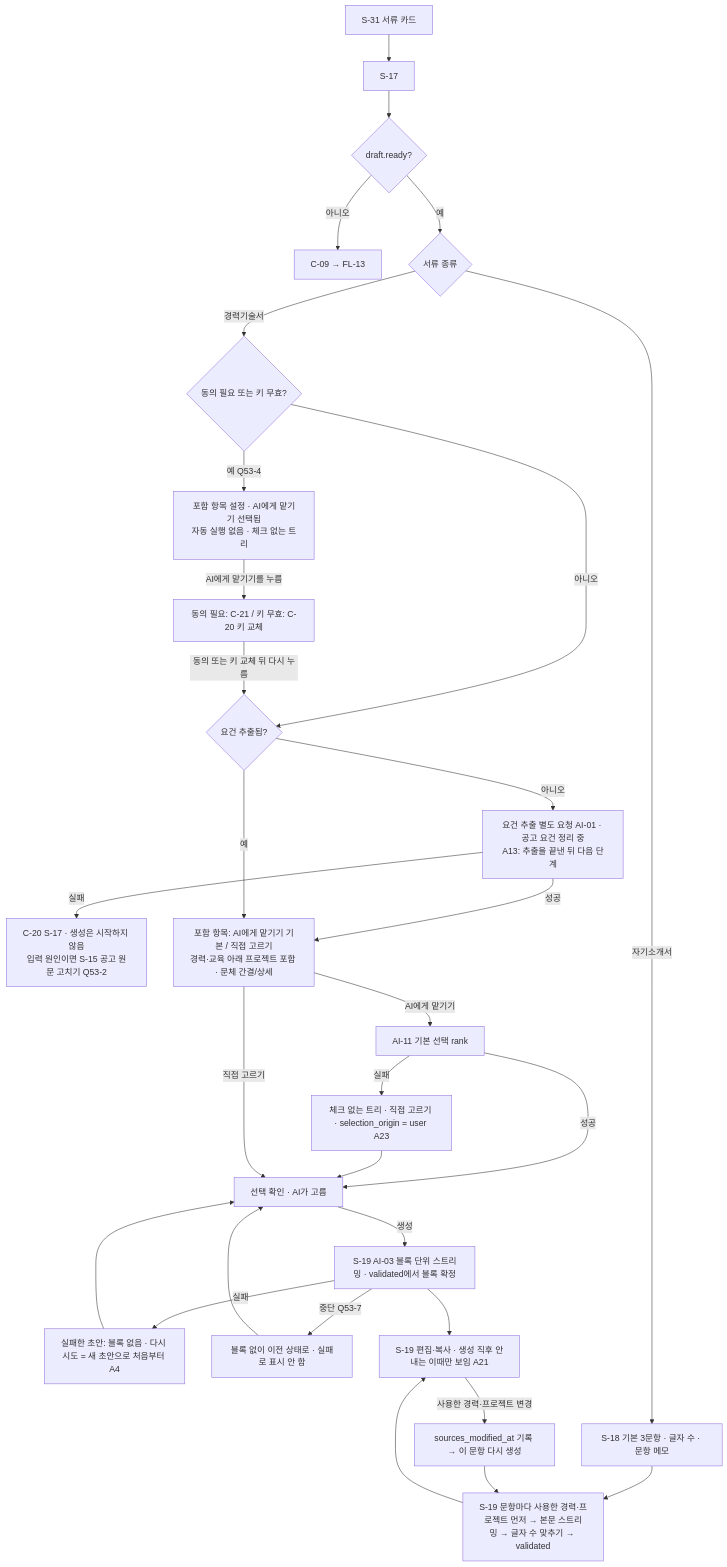
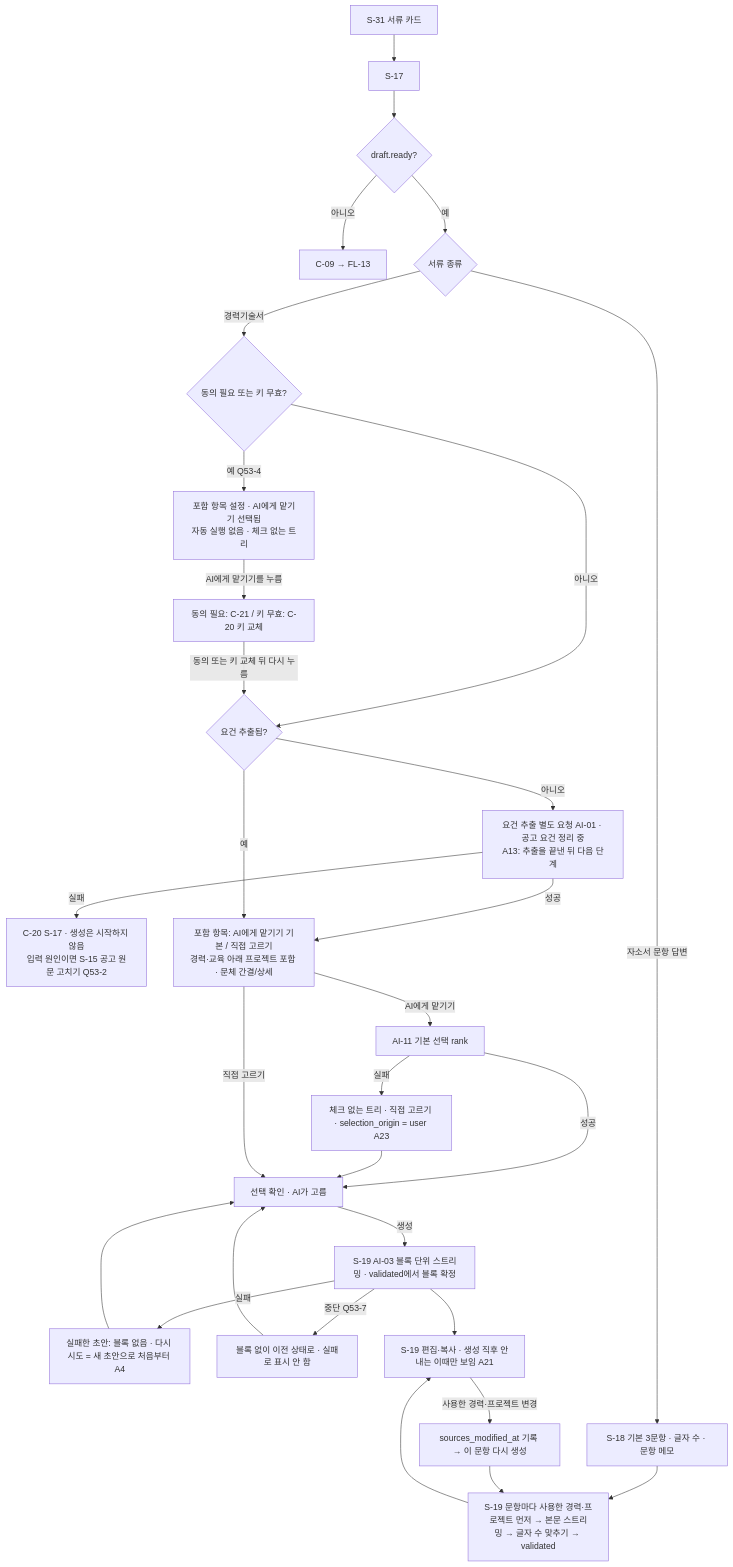
The seventh of 20 diagrams in docs/planning/02-user-flows.md (j-hyunn/resumate), drawn with Mermaid before and after one commit. The commit also changed other lines of this file and 11 other files, not shown here.

````diff
--- a/docs/planning/02-user-flows.md
+++ b/docs/planning/02-user-flows.md
@@ -362,32 +381,32 @@
 ```mermaid
 flowchart TD
   A[S-31 서류 카드] --> B[S-17]
   B --> G{draft.ready?}
   G -->|아니오| X[C-09 → FL-13]
   G -->|예| K{서류 종류}
   K -->|경력기술서| GK{동의 필요 또는 키 무효?}
   GK -->|아니오| JR{요건 추출됨?}
   GK -->|예 Q53-4| C3[포함 항목 설정 · AI에게 맡기기 선택됨<br/>자동 실행 없음 · 체크 없는 트리]
   C3 -->|AI에게 맡기기를 누름| GB[동의 필요: C-21 / 키 무효: C-20 키 교체]
   GB -->|동의 또는 키 교체 뒤 다시 누름| JR
   JR -->|아니오| JX[요건 추출 별도 요청 AI-01 · 공고 요건 정리 중<br/>A13: 추출을 끝낸 뒤 다음 단계]
   JX -->|실패| JF[C-20 S-17 · 생성은 시작하지 않음<br/>입력 원인이면 S-15 공고 원문 고치기 Q53-2]
   JX -->|성공| C
   JR -->|예| C[포함 항목: AI에게 맡기기 기본 / 직접 고르기<br/>경력·교육 아래 프로젝트 포함 · 문체 간결/상세]
   C -->|AI에게 맡기기| RK[AI-11 기본 선택 rank]
   RK -->|실패| RU[체크 없는 트리 · 직접 고르기 · selection_origin = user A23]
   RK -->|성공| C2[선택 확인 · AI가 고름]
   RU --> C2
   C -->|직접 고르기| C2
   C2 -->|생성| D[S-19 AI-03 블록 단위 스트리밍 · validated에서 블록 확정]
   D -->|실패| DF[실패한 초안: 블록 없음 · 다시 시도 = 새 초안으로 처음부터 A4]
   DF --> C2
   D -->|중단 Q53-7| DP[블록 없이 이전 상태로 · 실패로 표시 안 함]
   DP --> C2
-  K -->|자기소개서| E[S-18 기본 3문항 · 글자 수 · 문항 메모]
+  K -->|자소서 문항 답변| E[S-18 기본 3문항 · 글자 수 · 문항 메모]
   E --> F[S-19 문항마다 사용한 경력·프로젝트 먼저 → 본문 스트리밍 → 글자 수 맞추기 → validated]
   D --> H[S-19 편집·복사 · 생성 직후 안내는 이때만 보임 A21]
   F --> H
   H -->|사용한 경력·프로젝트 변경| I[sources_modified_at 기록 → 이 문항 다시 생성]
   I --> F
 ```
````
